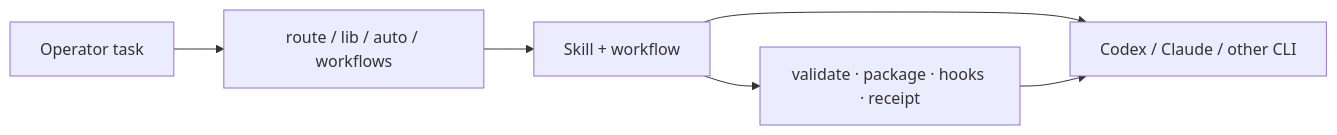
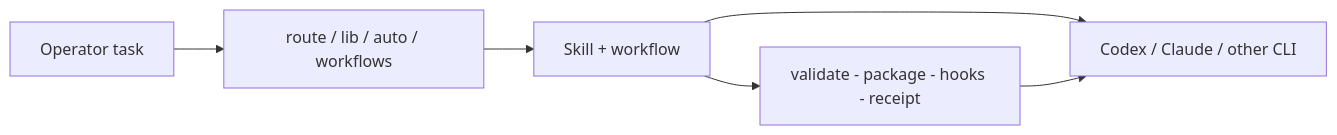
Before and after one commit to Tlkh201313/SkillsForge: the diagram in README.md, drawn with Mermaid. The commit also changed other lines of this file and 559 other files, not shown here.

````diff
--- a/README.md
+++ b/README.md
@@ -61,8 +61,8 @@
 ```mermaid
 flowchart LR
     Task["Operator task"] --> Route["route / lib / auto / workflows"]
     Route --> Skill["Skill + workflow"]
     Skill --> Host["Codex / Claude / other CLI"]
-    Skill --> Safety["validate · package · hooks · receipt"]
+    Skill --> Safety["validate - package - hooks - receipt"]
     Safety --> Host
 ```
````
